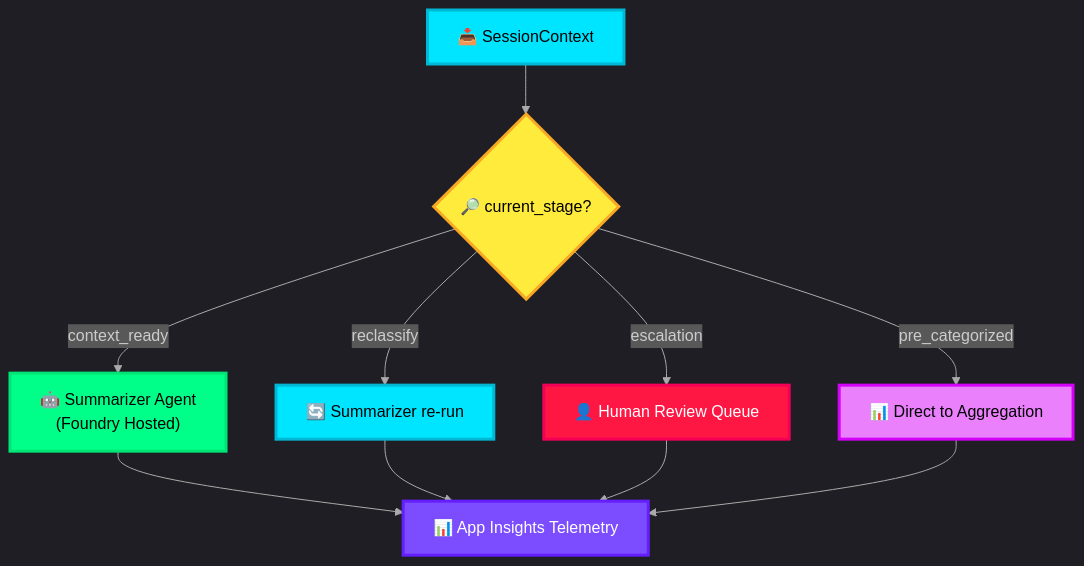
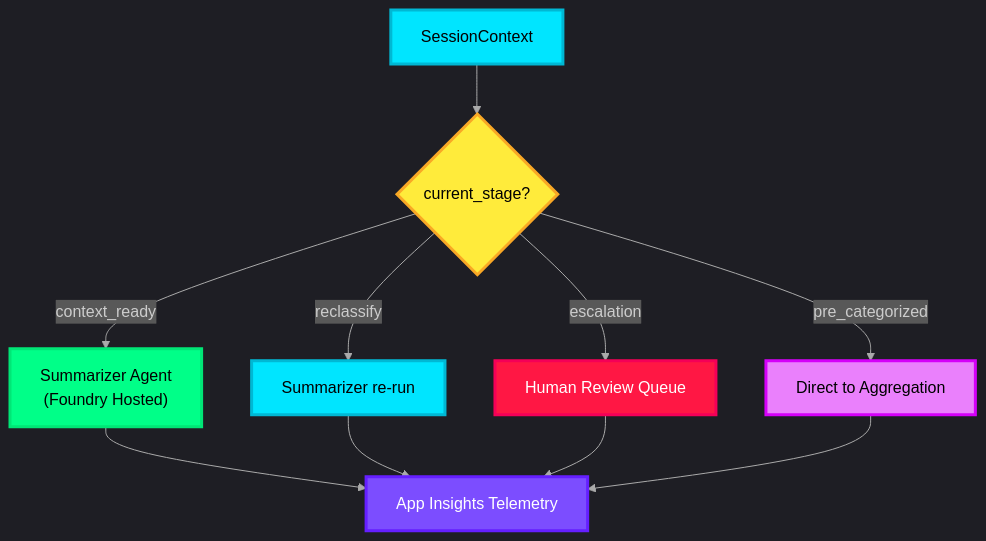
The diagram in docs/03-tool-router.md (thanhauco/agentic-ai-icm-system), drawn with Mermaid before and after one commit. The commit also changed 1 other file, not shown here.

Commit message:
docs: Add initial documentation for all major system components of the agentic AI ICM system.

````diff
--- a/docs/03-tool-router.md
+++ b/docs/03-tool-router.md
@@ -9,18 +9,18 @@
 ```mermaid
 %%{init: {'theme': 'dark', 'themeVariables': {'lineColor': '#AAAAAA'}}}%%
 graph TD
-    A["📥 SessionContext"] --> B{"🔎 current_stage?"}
-    B -->|context_ready| C["🤖 Summarizer Agent<br>(Foundry Hosted)"]
-    B -->|reclassify| D["🔄 Summarizer re-run"]
-    B -->|escalation| E["👤 Human Review Queue"]
-    B -->|pre_categorized| F["📊 Direct to Aggregation"]
-    C & D & E & F --> G["📊 App Insights Telemetry"]
+ A["SessionContext"] --> B{"current_stage?"}
+ B -->|context_ready| C["Summarizer Agent<br>(Foundry Hosted)"]
+ B -->|reclassify| D["Summarizer re-run"]
+ B -->|escalation| E["Human Review Queue"]
+ B -->|pre_categorized| F["Direct to Aggregation"]
+ C & D & E & F --> G["App Insights Telemetry"]
 
-    style A fill:#00E5FF,stroke:#00B8D4,stroke-width:3px,color:#000
-    style B fill:#FFEB3B,stroke:#F9A825,stroke-width:3px,color:#000
-    style C fill:#00FF88,stroke:#00E676,stroke-width:3px,color:#000
-    style D fill:#00E5FF,stroke:#00B8D4,stroke-width:3px,color:#000
-    style E fill:#FF1744,stroke:#F50057,stroke-width:3px,color:#fff
-    style F fill:#EA80FC,stroke:#D500F9,stroke-width:3px,color:#000
-    style G fill:#7C4DFF,stroke:#651FFF,stroke-width:3px,color:#fff
+ style A fill:#00E5FF,stroke:#00B8D4,stroke-width:3px,color:#000
+ style B fill:#FFEB3B,stroke:#F9A825,stroke-width:3px,color:#000
+ style C fill:#00FF88,stroke:#00E676,stroke-width:3px,color:#000
+ style D fill:#00E5FF,stroke:#00B8D4,stroke-width:3px,color:#000
+ style E fill:#FF1744,stroke:#F50057,stroke-width:3px,color:#fff
+ style F fill:#EA80FC,stroke:#D500F9,stroke-width:3px,color:#000
+ style G fill:#7C4DFF,stroke:#651FFF,stroke-width:3px,color:#fff
 ```
````
